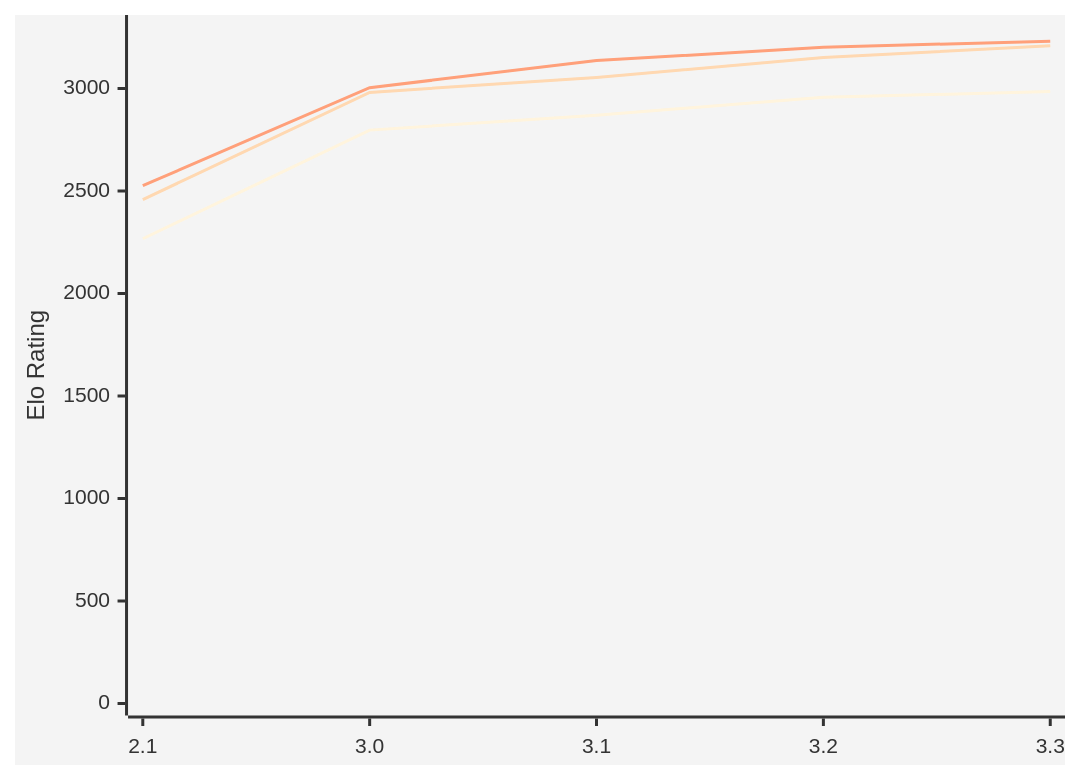
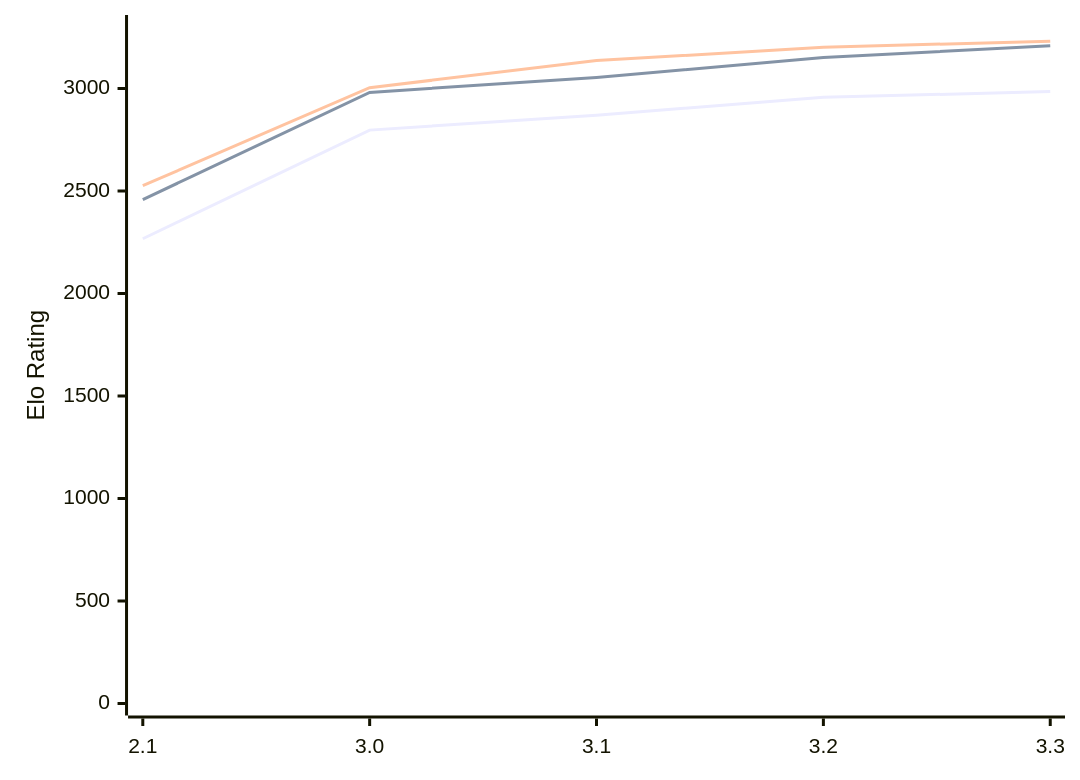
The diagram in engines/Petrel.md (computer-chess-index/cci), drawn with Mermaid before and after one commit. The commit also changed other lines of this file, not shown here.

Commit message:
Update CCI Ratings (ELO VLTC) - 2026-02-10

````diff
--- a/engines/Petrel.md
+++ b/engines/Petrel.md
@@ -38,10 +38,10 @@
 ```mermaid
-%%{init: {"theme":"base","themeVariables":{"seriesColors":["#1f77b4","#ff7f0e","#2ca02c"]}}}%%
+%%{init: {"theme":"base","themeVariables":{"seriesColors}}}%%
 xychart-beta
   x-axis ["2.1", "3.0", "3.1", "3.2", "3.3"]
   y-axis "Elo Rating" 0 --> 3300
   line "STC (8.0+0.08s)" [2267, 2797, 2870, 2957, 2985]
   line "LTC (60.0+0.60s)" [2458, 2981, 3054, 3151, 3209]
 %% green
   line "VLTC (2m24s+1.12s)" [2526, 3004, 3136, 3201, 3231]
 ```
````
